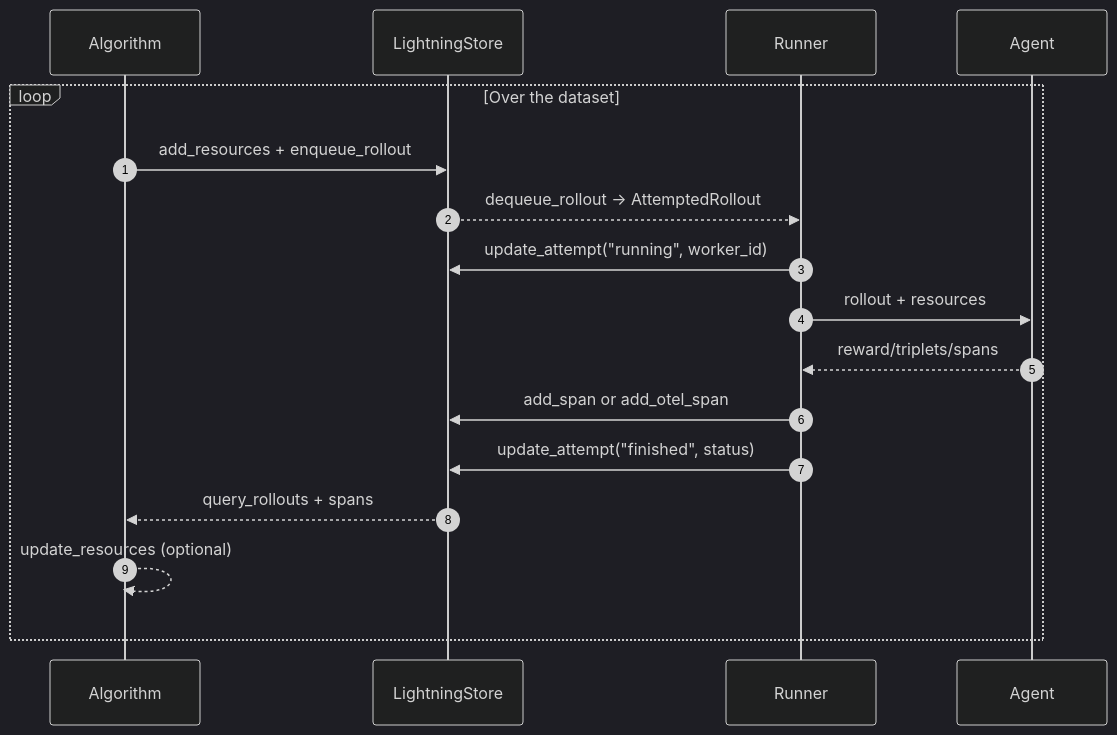
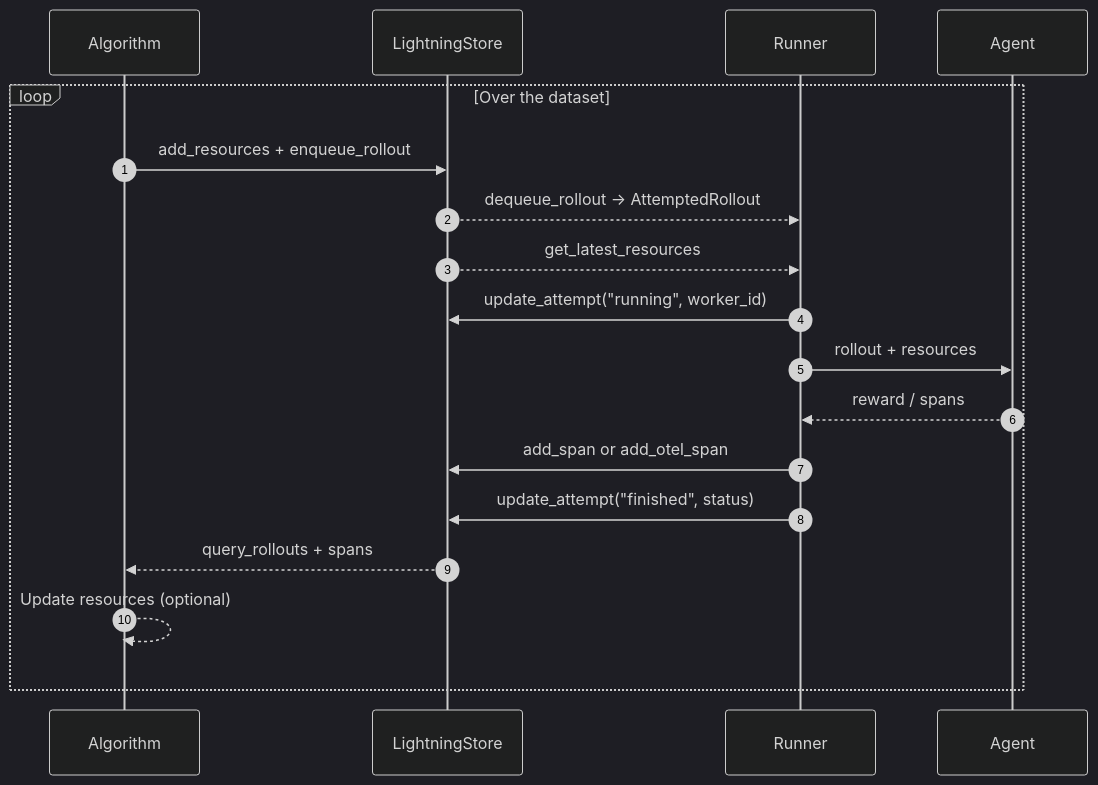
One commit to microsoft/agent-lightning changed the first of 4 diagrams in docs/deep-dive/birds-eye-view.md. Above: the diagram before and after it, drawn with Mermaid (dark theme). The commit also changed other lines of this file, not shown here.

````diff
--- a/docs/deep-dive/birds-eye-view.md
+++ b/docs/deep-dive/birds-eye-view.md
@@ -9,20 +9,21 @@
 ```mermaid
 sequenceDiagram
     autonumber
     participant Algo as Algorithm
     participant Store as LightningStore
     participant Runner
     participant Agent
 
     loop Over the dataset
         Algo->>Store: add_resources + enqueue_rollout
         Store-->>Runner: dequeue_rollout → AttemptedRollout
+        Store-->>Runner: get_latest_resources
         Runner->>Store: update_attempt("running", worker_id)
         Runner->>Agent: rollout + resources
-        Agent-->>Runner: reward/triplets/spans
+        Agent-->>Runner: reward / spans
         Runner->>Store: add_span or add_otel_span
         Runner->>Store: update_attempt("finished", status)
         Store-->>Algo: query_rollouts + spans
-        Algo-->>Algo: update_resources (optional)
+        Algo-->>Algo: Update resources (optional)
     end
 ```
````
